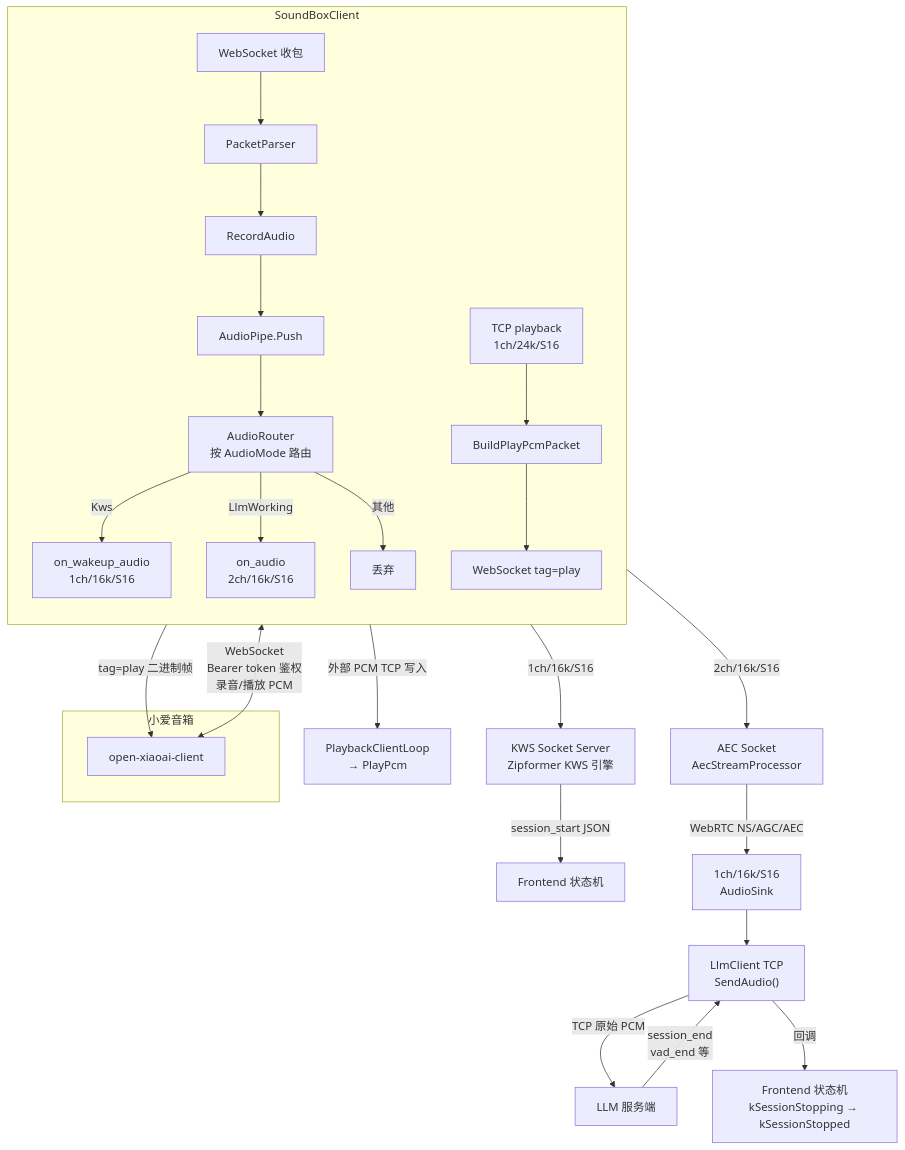
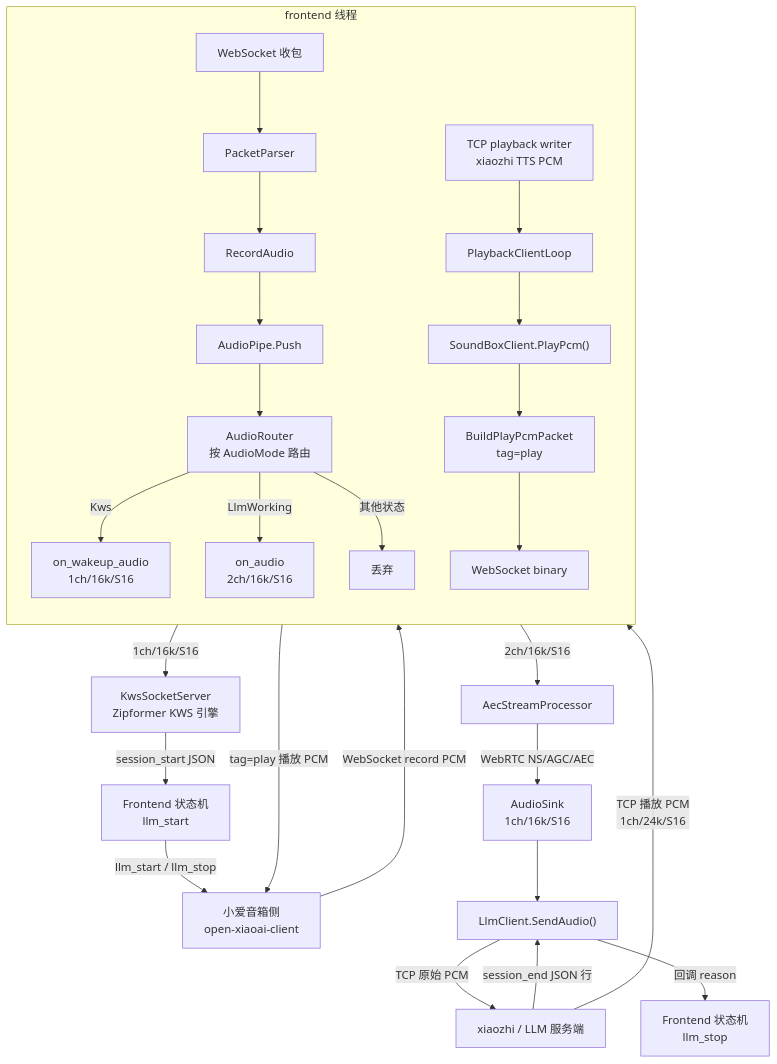
Before and after one commit to hengwu0/soundbox-server: the fifth of 5 diagrams in README.md, drawn with Mermaid. The commit also changed other lines of this file, not shown here.

````diff
--- a/README.md
+++ b/README.md
@@ -162,35 +174,36 @@
 ```mermaid
 flowchart TD
-    subgraph xiaoai["小爱音箱"]
-        OXA["open-xiaoai-client"]
-    end
+    OXA["小爱音箱侧<br/>open-xiaoai-client"]
+    XZ["xiaozhi / LLM 服务端"]
 
-    subgraph client["SoundBoxClient"]
+    subgraph frontend["frontend 线程"]
         direction TB
         WSIN["WebSocket 收包"] --> PP["PacketParser"]
         PP --> RA["RecordAudio"]
         RA --> AP["AudioPipe.Push"]
         AP --> AR["AudioRouter<br/>按 AudioMode 路由"]
         AR --> |"Kws"| OWA["on_wakeup_audio<br/>1ch/16k/S16"]
         AR --> |"LlmWorking"| OA["on_audio<br/>2ch/16k/S16"]
-        AR --> |"其他"| DROP["丢弃"]
-        PLAYIN["TCP playback<br/>1ch/24k/S16"] --> BPP["BuildPlayPcmPacket"]
-        BPP --> WSOUT["WebSocket tag=play"]
+        AR --> |"其他状态"| DROP["丢弃"]
+
+        PLAYTCP["TCP playback writer<br/>xiaozhi TTS PCM"] --> PCLIENT["PlaybackClientLoop"]
+        PCLIENT --> PLAYPCM["SoundBoxClient.PlayPcm()"]
+        PLAYPCM --> BPP["BuildPlayPcmPacket<br/>tag=play"]
+        BPP --> WSOUT["WebSocket binary"]
     end
 
-    OXA <--> |"WebSocket<br/>Bearer token 鉴权<br/>录音/播放 PCM"| WSIN
-    WSOUT --> |"tag=play 二进制帧"| OXA
+    OXA --> |"WebSocket record PCM"| WSIN
+    WSOUT --> |"tag=play 播放 PCM"| OXA
 
-    OWA --> |"1ch/16k/S16"| KWSS["KWS Socket Server<br/>Zipformer KWS 引擎"]
-    KWSS --> |"session_start JSON"| FSM["Frontend 状态机"]
+    OWA --> |"1ch/16k/S16"| KWSS["KwsSocketServer<br/>Zipformer KWS 引擎"]
+    KWSS --> |"session_start JSON"| FSM["Frontend 状态机<br/>llm_start"]
+    FSM --> |"llm_start / llm_stop"| OXA
 
-    OA --> |"2ch/16k/S16"| AECS["AEC Socket<br/>AecStreamProcessor"]
-    AECS --> |"WebRTC NS/AGC/AEC"| AECOUT["1ch/16k/S16<br/>AudioSink"]
-
-    AECOUT --> LLMC["LlmClient TCP<br/>SendAudio()"]
-    LLMC --> |"TCP 原始 PCM"| LLMS["LLM 服务端"]
-    LLMS --> |"session_end<br/>vad_end 等"| LLMC
-    LLMC --> |"回调"| FSM2["Frontend 状态机<br/>kSessionStopping → kSessionStopped"]
-
-    PLAYIN --> |"外部 PCM TCP 写入"| PCLIENT["PlaybackClientLoop<br/>→ PlayPcm"]
+    OA --> |"2ch/16k/S16"| AECS["AecStreamProcessor"]
+    AECS --> |"WebRTC NS/AGC/AEC"| AECOUT["AudioSink<br/>1ch/16k/S16"]
+    AECOUT --> LLMC["LlmClient.SendAudio()"]
+    LLMC --> |"TCP 原始 PCM"| XZ
+    XZ --> |"session_end JSON 行"| LLMC
+    LLMC --> |"回调 reason"| FSM2["Frontend 状态机<br/>llm_stop"]
+    XZ --> |"TCP 播放 PCM<br/>1ch/24k/S16"| PLAYTCP
 ```
````
